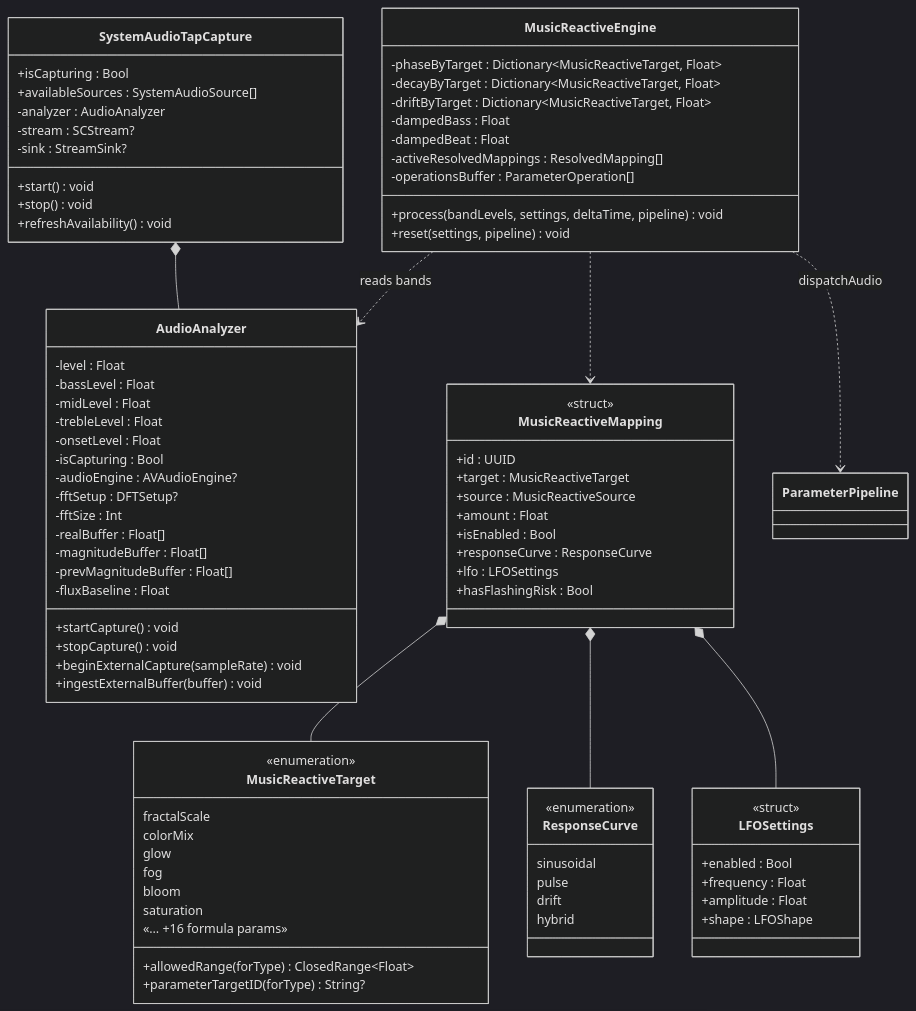
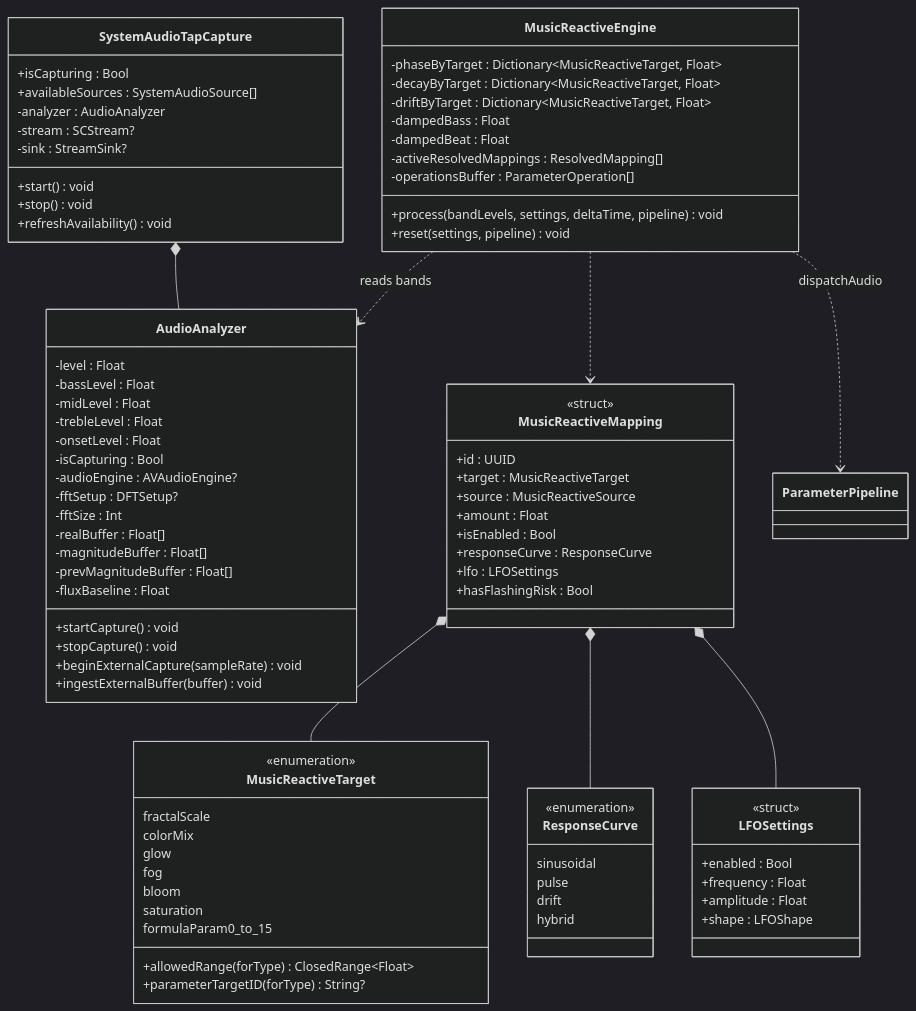
One commit to Halopend/MetalRaymarch-main changed diagram 14 of 17 in Threshold/CLASS_DIAGRAM.md. Above: the diagram before and after it, drawn with Mermaid (dark theme). The commit also changed other lines of this file and 3 other files, not shown here.

```diff
--- a/Threshold/CLASS_DIAGRAM.md
+++ b/Threshold/CLASS_DIAGRAM.md
@@ -1154,7 +1154,7 @@
         fog
         bloom
         saturation
-        «… +16 formula params»
+        formulaParam0_to_15
         +allowedRange(forType) ClosedRange~Float~
         +parameterTargetID(forType) String?
     }
```
